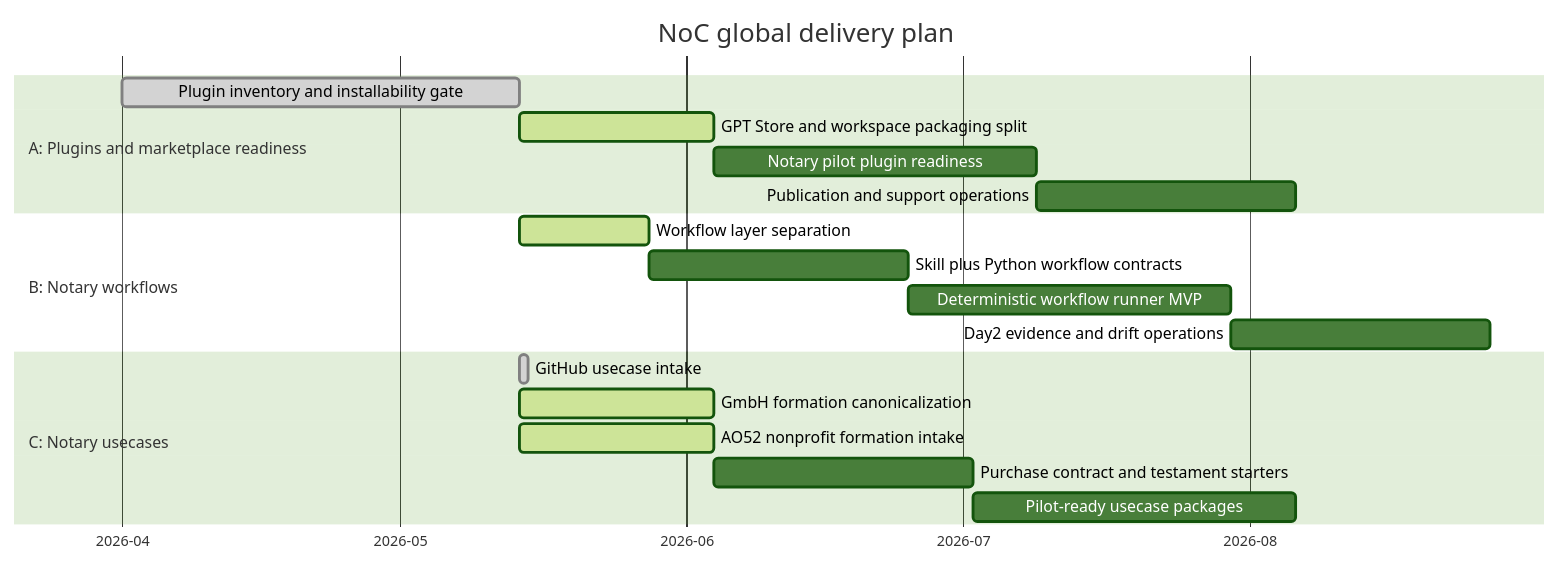
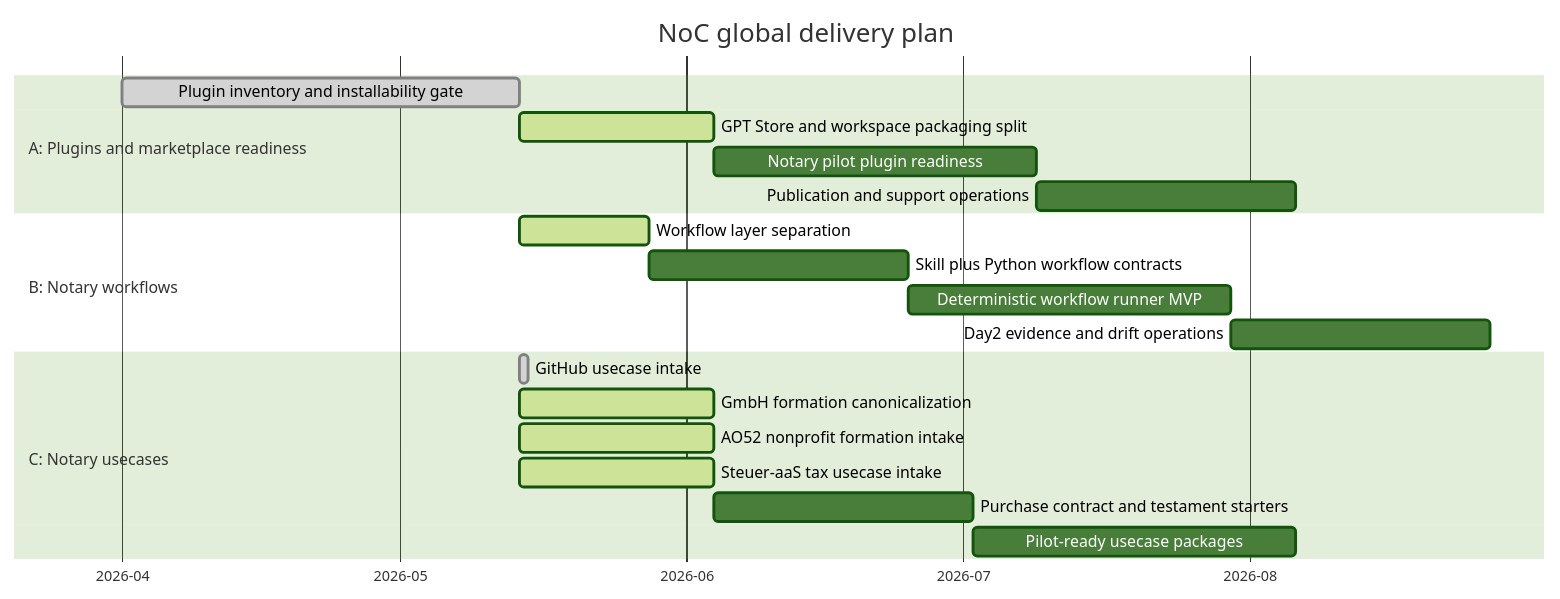
The diagram in roadmap/GANTT.md (notariat8/NaC), drawn with Mermaid (forest theme) before and after one commit. The commit also changed other lines of this file and 4 other files, not shown here.

Commit message:
Add Steuer-aaS tax readiness usecase

````diff
--- a/roadmap/GANTT.md
+++ b/roadmap/GANTT.md
@@ -12,25 +12,26 @@
 ```mermaid
 gantt
     title NoC global delivery plan
     dateFormat  YYYY-MM-DD
     axisFormat  %Y-%m
 
     section A: Plugins and marketplace readiness
     Plugin inventory and installability gate     :done,    a1, 2026-04-01, 2026-05-14
     GPT Store and workspace packaging split      :active,  a2, 2026-05-14, 21d
     Notary pilot plugin readiness                :         a3, after a2, 35d
     Publication and support operations           :         a4, after a3, 28d
 
     section B: Notary workflows
     Workflow layer separation                    :active,  b1, 2026-05-14, 14d
     Skill plus Python workflow contracts         :         b2, after b1, 28d
     Deterministic workflow runner MVP            :         b3, after b2, 35d
     Day2 evidence and drift operations           :         b4, after b3, 28d
 
     section C: Notary usecases
     GitHub usecase intake                        :done,    c1, 2026-05-14, 1d
     GmbH formation canonicalization              :active,  c2, 2026-05-14, 21d
     AO52 nonprofit formation intake              :active,  c3, 2026-05-14, 21d
-    Purchase contract and testament starters     :         c4, after c3, 28d
-    Pilot-ready usecase packages                 :         c5, after c4, 35d
+    Steuer-aaS tax usecase intake                :active,  c4, 2026-05-14, 21d
+    Purchase contract and testament starters     :         c5, after c4, 28d
+    Pilot-ready usecase packages                 :         c6, after c5, 35d
 ```
````
